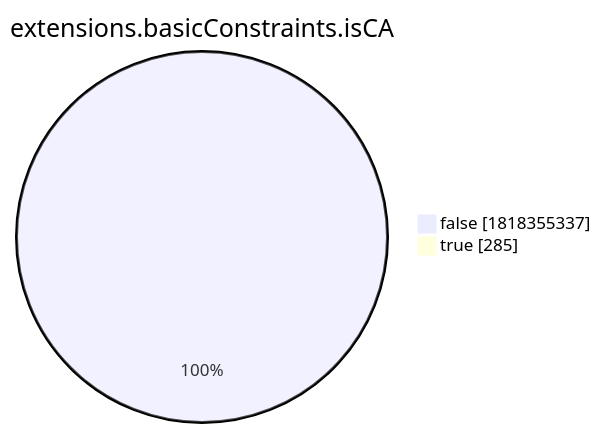
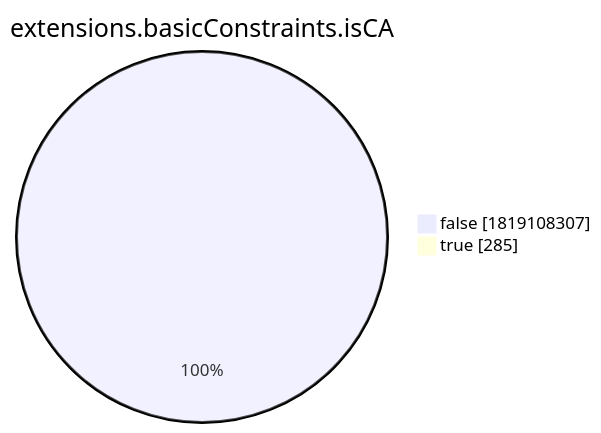
The eighth of 15 diagrams in xenon2022/README.md (christiankrug/ctmonitor_visualization), drawn with Mermaid before and after one commit. The commit also changed other lines of this file, not shown here.

````diff
--- a/xenon2022/README.md
+++ b/xenon2022/README.md
@@ -2868,6 +2868,6 @@
 ```mermaid
 pie showData
 title extensions.basicConstraints.isCA
-"false" :1818355337
+"false" :1819108307
 "true" :285
 ```
````
